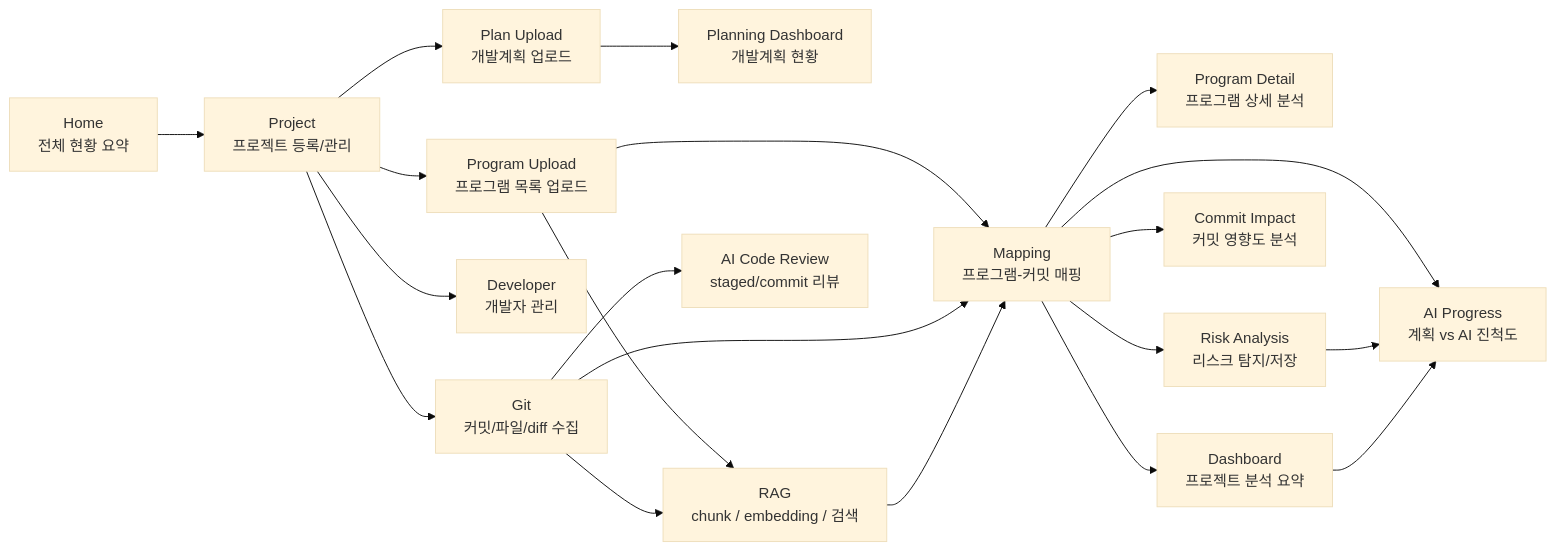
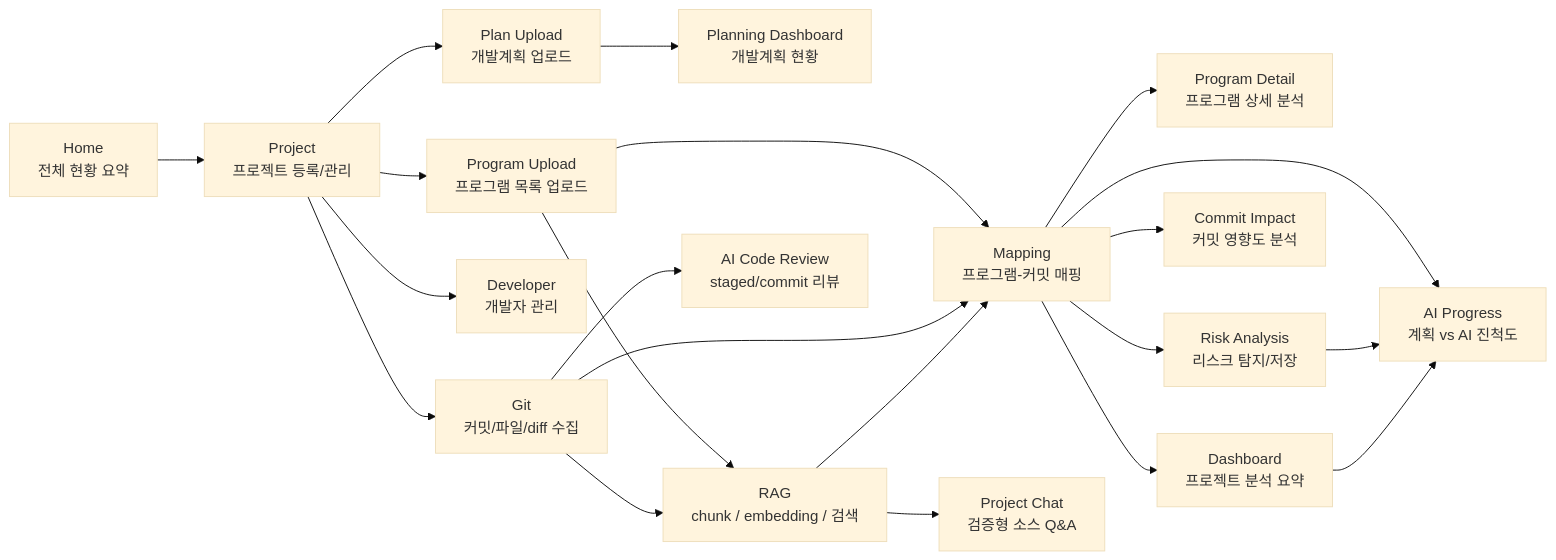
The second of 7 diagrams in README_ARCHITECTURE.md (ino5/ai-commit-advisor-26), drawn with Mermaid (base theme) before and after one commit. The commit also changed other lines of this file and 4 other files, not shown here.

Commit message:
Add project chat documentation

````diff
--- a/README_ARCHITECTURE.md
+++ b/README_ARCHITECTURE.md
@@ -63,22 +67,23 @@
 ```mermaid
 flowchart LR
     Home["Home<br/>전체 현황 요약"] --> Project["Project<br/>프로젝트 등록/관리"]
     Project --> Program["Program Upload<br/>프로그램 목록 업로드"]
     Project --> PlanUpload["Plan Upload<br/>개발계획 업로드"]
     Project --> Developer["Developer<br/>개발자 관리"]
     Project --> Git["Git<br/>커밋/파일/diff 수집"]
     Program --> Mapping["Mapping<br/>프로그램-커밋 매핑"]
     PlanUpload --> PlanningDashboard["Planning Dashboard<br/>개발계획 현황"]
     Git --> Mapping
     Program --> RAG["RAG<br/>chunk / embedding / 검색"]
     Git --> RAG
     RAG --> Mapping
+    RAG --> ProjectChat["Project Chat<br/>검증형 소스 Q&A"]
     Mapping --> ProgramDetail["Program Detail<br/>프로그램 상세 분석"]
     Mapping --> Risk["Risk Analysis<br/>리스크 탐지/저장"]
     Mapping --> Impact["Commit Impact<br/>커밋 영향도 분석"]
     Git --> CodeReview["AI Code Review<br/>staged/commit 리뷰"]
     Mapping --> Dashboard["Dashboard<br/>프로젝트 분석 요약"]
     Mapping --> AIProgress["AI Progress<br/>계획 vs AI 진척도"]
     Risk --> AIProgress
     Dashboard --> AIProgress
 ```
````
